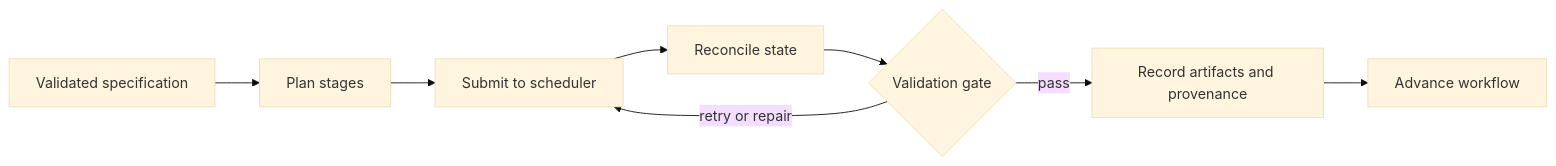
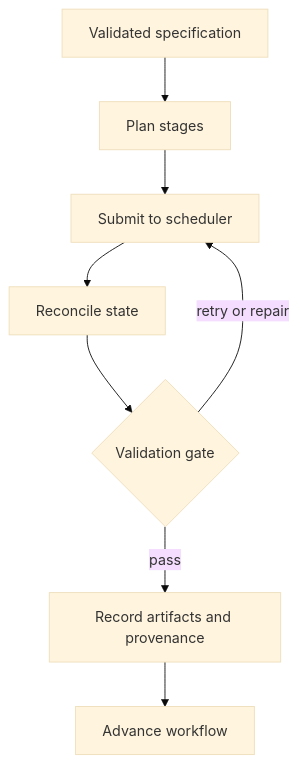
Before and after one commit to chaailabs/chaailabs.github.io: the diagram in documentation/hpca/index.md, drawn with Mermaid (base theme). The commit also changed 6 other files, not shown here.

````diff
--- a/documentation/hpca/index.md
+++ b/documentation/hpca/index.md
@@ -47,10 +47,10 @@
 ```mermaid
-flowchart LR
+flowchart TB
   A[Validated specification] --> B[Plan stages]
   B --> C[Submit to scheduler]
   C --> D[Reconcile state]
   D --> E{Validation gate}
   E -->|pass| F[Record artifacts and provenance]
   E -->|retry or repair| C
   F --> G[Advance workflow]
 ```
````
